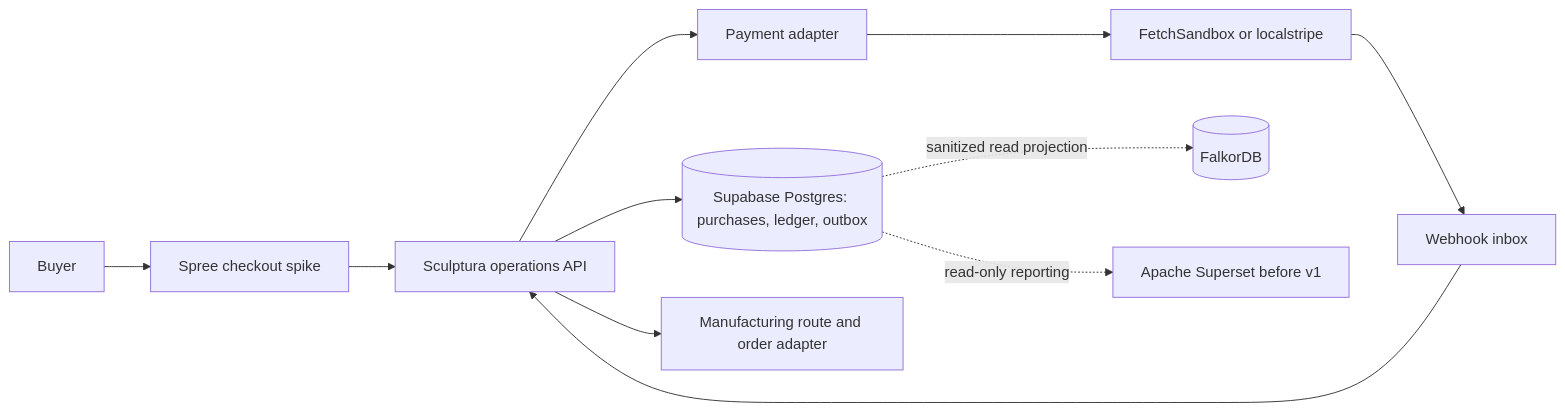
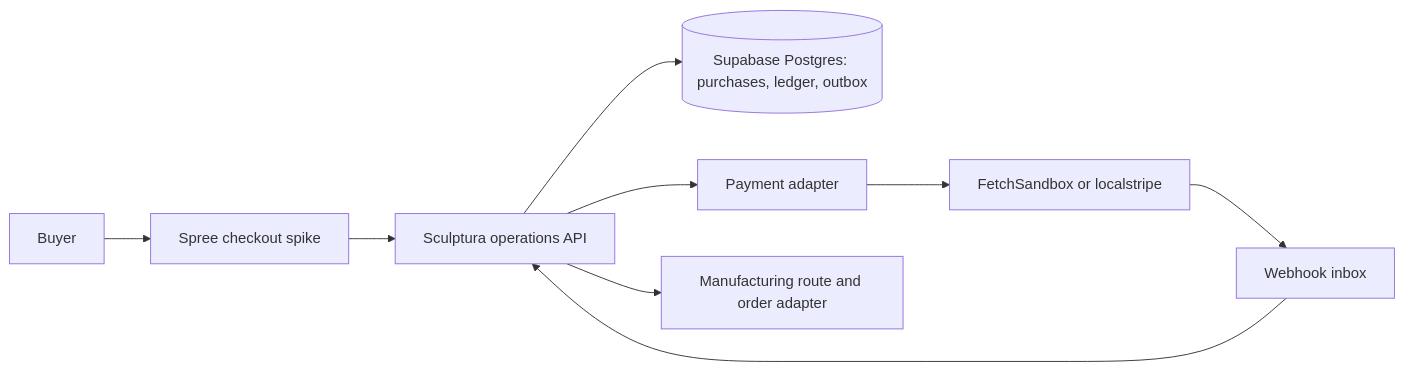
The diagram in operations/financial/mock-finance-flow.md (tinkrland/kirosculp), drawn with Mermaid before and after one commit. The commit also changed other lines of this file and 94 other files, not shown here.

Commit message:
clarify backend, finance sequence, agent protocol, and release gate

````diff
--- a/operations/financial/mock-finance-flow.md
+++ b/operations/financial/mock-finance-flow.md
@@ -16,13 +16,11 @@
 ```mermaid
 flowchart LR
   Buyer --> Spree[Spree checkout spike]
   Spree --> Ops[Sculptura operations API]
   Ops --> DB[(Supabase Postgres: purchases, ledger, outbox)]
   Ops --> Pay[Payment adapter]
   Pay --> Mock[FetchSandbox or localstripe]
   Mock --> Hook[Webhook inbox]
   Hook --> Ops
   Ops --> Mfg[Manufacturing route and order adapter]
-  DB -. sanitized read projection .-> Graph[(FalkorDB)]
-  DB -. read-only reporting .-> BI[Apache Superset before v1]
 ```
````
